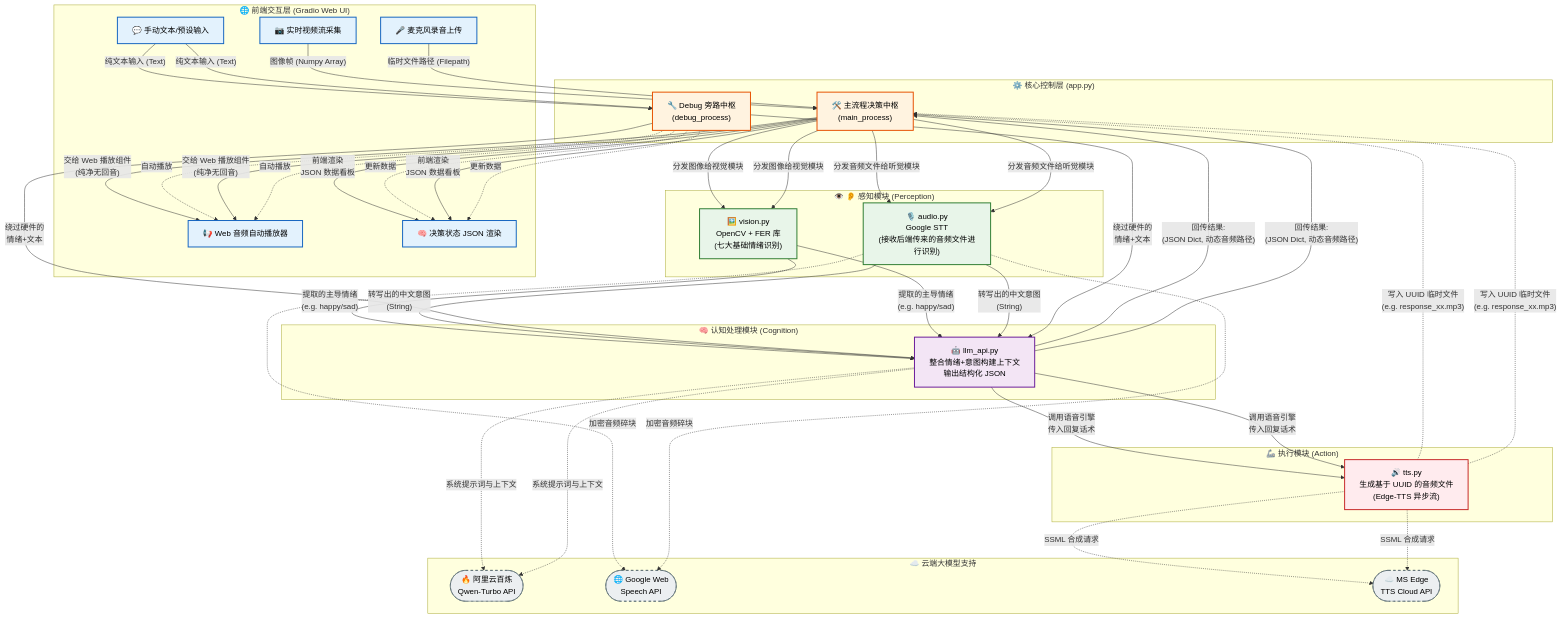
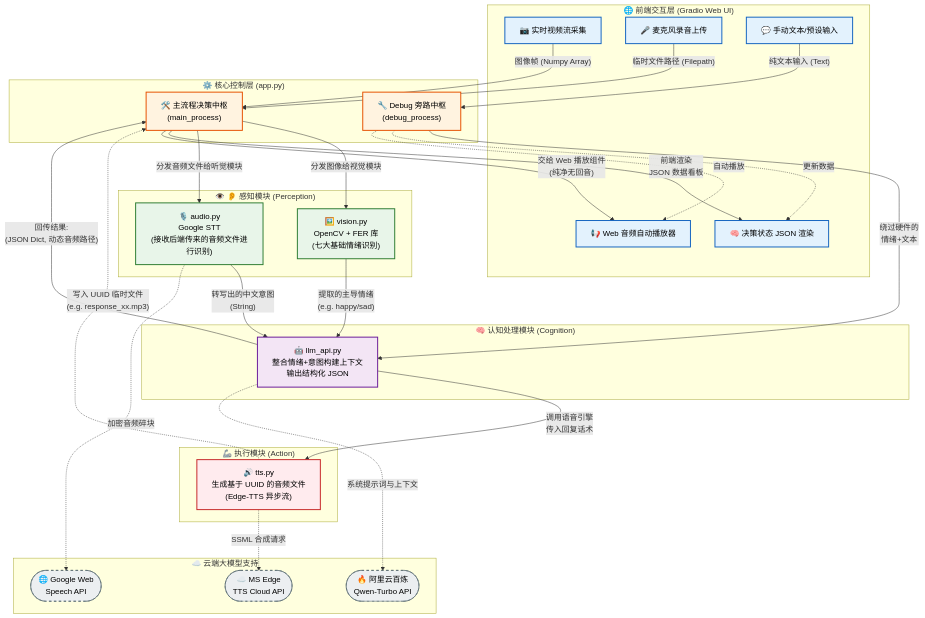
One commit to CDsanxiety/emotion_aware_system changed the diagram in architecture.md. Above: the diagram before and after it, drawn with Mermaid. The commit also changed other lines of this file and 11 other files, not shown here.

````diff
--- a/architecture.md
+++ b/architecture.md
@@ -77,31 +77,4 @@
     LLM -.->|"系统提示词与上下文"| Aliyun
     Audio -.->|"加密音频碎块"| Google
     TTS -.->|"SSML 合成请求"| EdgeCloud
-    UI_Txt -- "纯文本输入 (Text)" --> Debug_Controller
-    
-    %% 2. Controller -> Perception
-    Controller -- "分发图像给视觉模块" --> Vision
-    Controller -- "分发音频文件给听觉模块" --> Audio
-    
-    %% 3. Perception -> Cognition
-    Vision -- "提取的主导情绪<br>(e.g. happy/sad)" --> LLM
-    Audio -- "转写出的中文意图<br>(String)" --> LLM
-    Debug_Controller -- "绕过硬件的<br>情绪+文本" --> LLM
-    
-    %% 4. Cognition -> Action & Controller
-    LLM -- "调用语音引擎<br>传入回复话术" --> TTS
-    LLM -- "回传结果:<br>(JSON Dict, 动态音频路径)" --> Controller
-    
-    %% 5. Action -> Controller -> Frontend
-    TTS -.->|"写入 UUID 临时文件<br>(e.g. response_xx.mp3)"| Controller
-    Controller -- "前端渲染<br>JSON 数据看板" --> UI_Info
-    Controller -- "交给 Web 播放组件<br>(纯净无回音)" --> UI_Video
-    
-    Debug_Controller -.->|"更新数据"| UI_Info
-    Debug_Controller -.->|"自动播放"| UI_Video
-
-    %% 6. API 通信
-    LLM -.->|"系统提示词与上下文"| Aliyun
-    Audio -.->|"加密音频碎块"| Google
-    TTS -.->|"SSML 合成请求"| EdgeCloud
 ```
````
